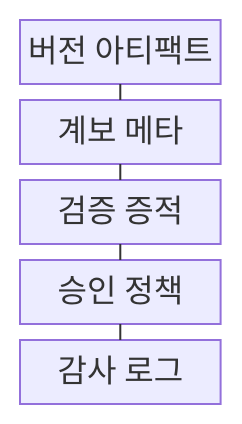
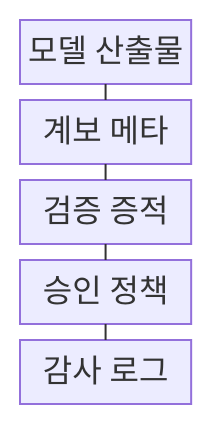
Before and after one commit to agnusdei1207/knowledge-base: the first of 2 diagrams in src/content/docs/notes/03-software/205_model_registry.md, drawn with Mermaid. The commit also changed other lines of this file and 20 other files, not shown here.

````diff
--- a/src/content/docs/notes/03-software/205_model_registry.md
+++ b/src/content/docs/notes/03-software/205_model_registry.md
@@ -55,13 +58,13 @@
 ```mermaid
 block-beta
     columns 1
-    A["버전 아티팩트"]
+    A["모델 산출물"]
     B["계보 메타"]
     C["검증 증적"]
     D["승인 정책"]
     E["감사 로그"]
     A --- B
     B --- C
     C --- D
     D --- E
 ```
````
